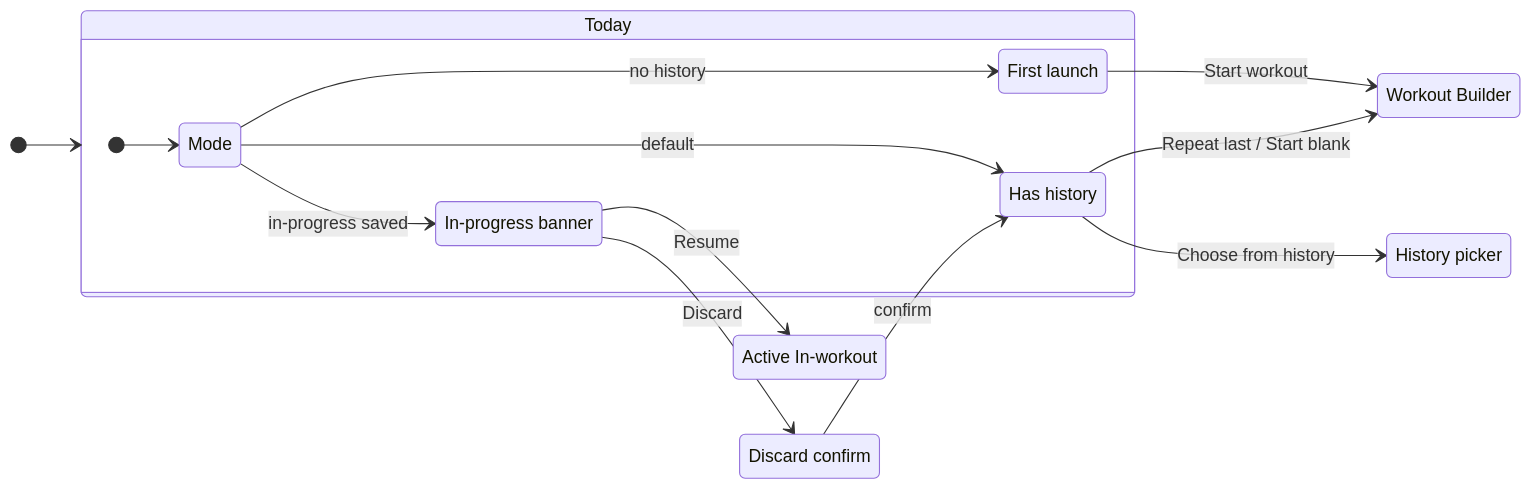
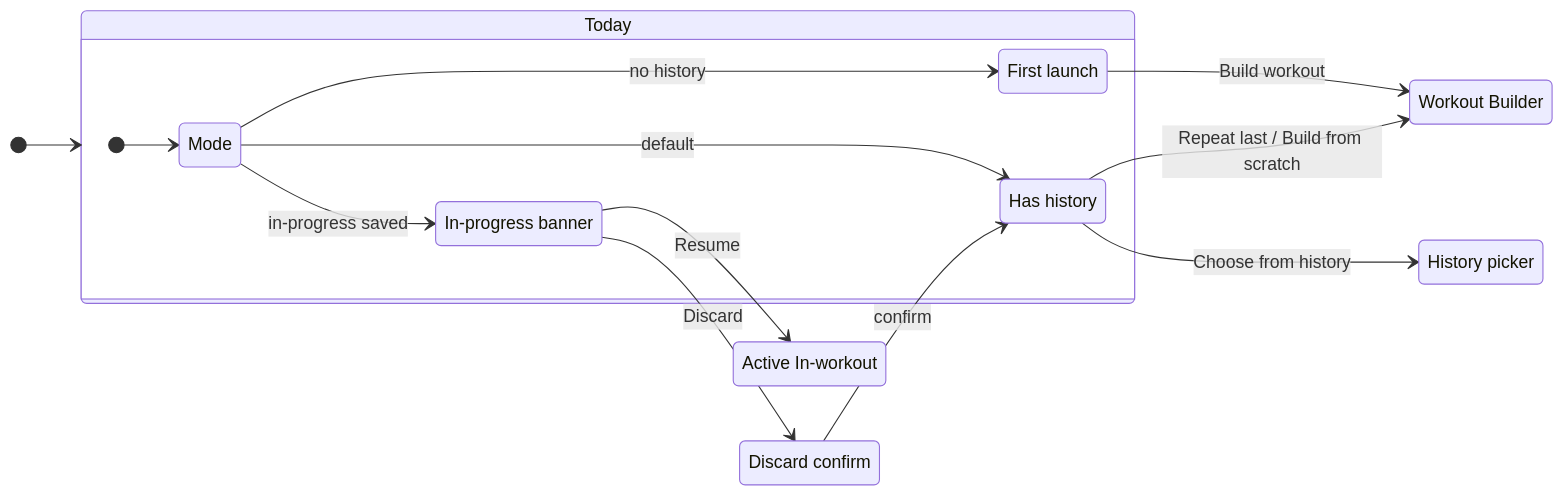
One commit to MaxKibets/kachka changed the second of 6 diagrams in docs/wireframes/flow.md. Above: the diagram before and after it, drawn with Mermaid. The commit also changed other lines of this file and 12 other files, not shown here.

First line of the commit message:
docs(today): rename Today→Builder CTAs to avoid "Start workout" clash

````diff
--- a/docs/wireframes/flow.md
+++ b/docs/wireframes/flow.md
@@ -93,28 +93,28 @@
 ```mermaid
 stateDiagram-v2
     direction LR
     [*] --> Today
 
     state Today {
         [*] --> Mode
         Mode --> TodayFirst: no history
         Mode --> TodayHasHistory: default
         Mode --> TodayInProgress: in-progress saved
 
         state "First launch" as TodayFirst
         state "Has history" as TodayHasHistory
         state "In-progress banner" as TodayInProgress
     }
 
-    TodayFirst --> Builder: Start workout
-    TodayHasHistory --> Builder: Repeat last / Start blank
+    TodayFirst --> Builder: Build workout
+    TodayHasHistory --> Builder: Repeat last / Build from scratch
     TodayHasHistory --> HistoryPicker: Choose from history
     TodayInProgress --> ActiveWorkout: Resume
     TodayInProgress --> DiscardSheet: Discard
     DiscardSheet --> TodayHasHistory: confirm
 
     state "Workout Builder" as Builder
     state "History picker" as HistoryPicker
     state "Active In-workout" as ActiveWorkout
     state "Discard confirm" as DiscardSheet
 ```
````
